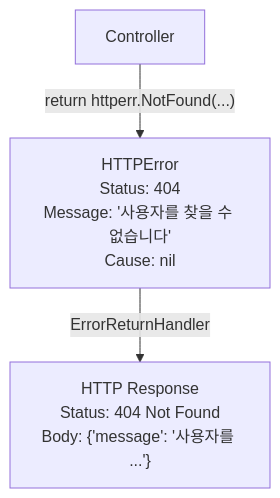
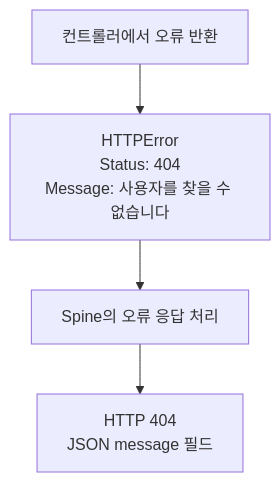
Before and after one commit to NARUBROWN/spine-site: the diagram in docs/ko/learn/core-concepts/httperr.md, drawn with Mermaid. The commit also changed other lines of this file and 158 other files, not shown here.

````diff
--- a/docs/ko/learn/core-concepts/httperr.md
+++ b/docs/ko/learn/core-concepts/httperr.md
@@ -12,11 +44,6 @@
 ```mermaid
 graph TD
-    Controller["Controller"]
-    Controller -- "return httperr.NotFound(...)" --> HTTPError
-    
-    HTTPError["HTTPError<br/>Status: 404<br/>Message: '사용자를 찾을 수 없습니다'<br/>Cause: nil"]
-    
-    HTTPError -- ErrorReturnHandler --> Response
-    
-    Response["HTTP Response<br/>Status: 404 Not Found<br/>Body: {'message': '사용자를 ...'}"]
+    Controller["컨트롤러에서 오류 반환"] --> Error["HTTPError<br/>Status: 404<br/>Message: 사용자를 찾을 수 없습니다"]
+    Error --> Handler["Spine의 오류 응답 처리"]
+    Handler --> Response["HTTP 404<br/>JSON message 필드"]
 ```
````
